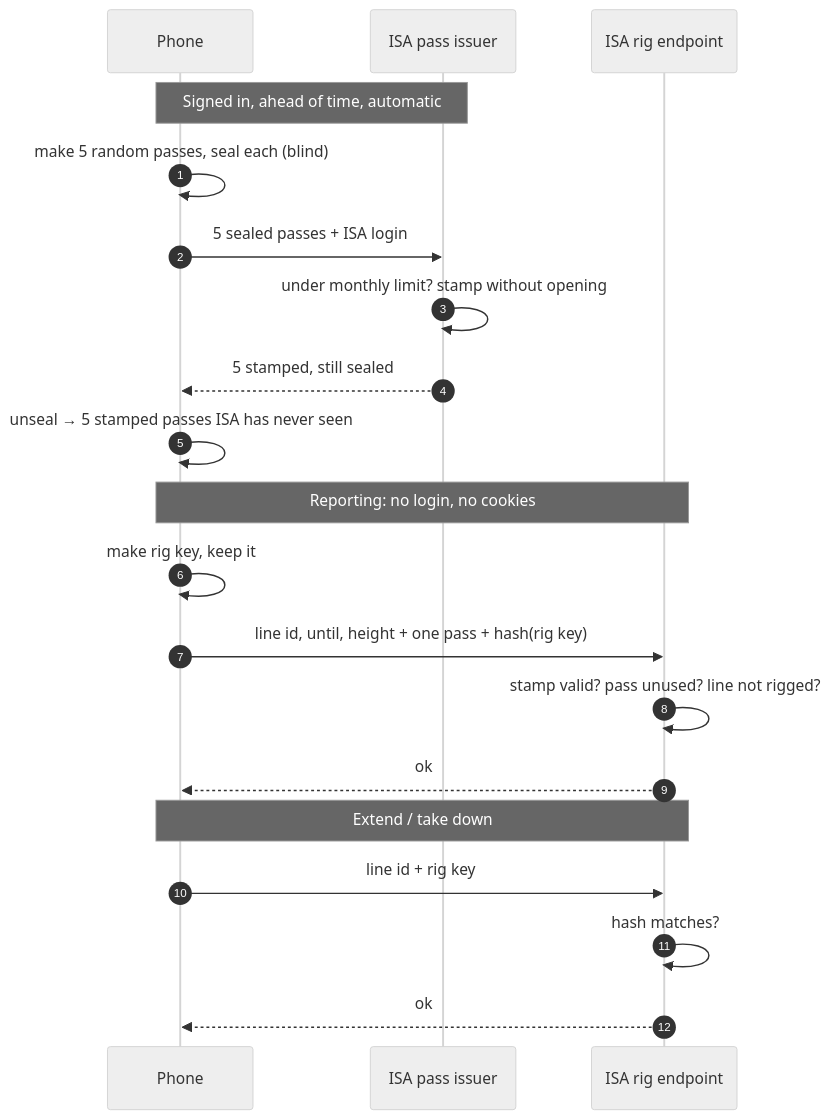
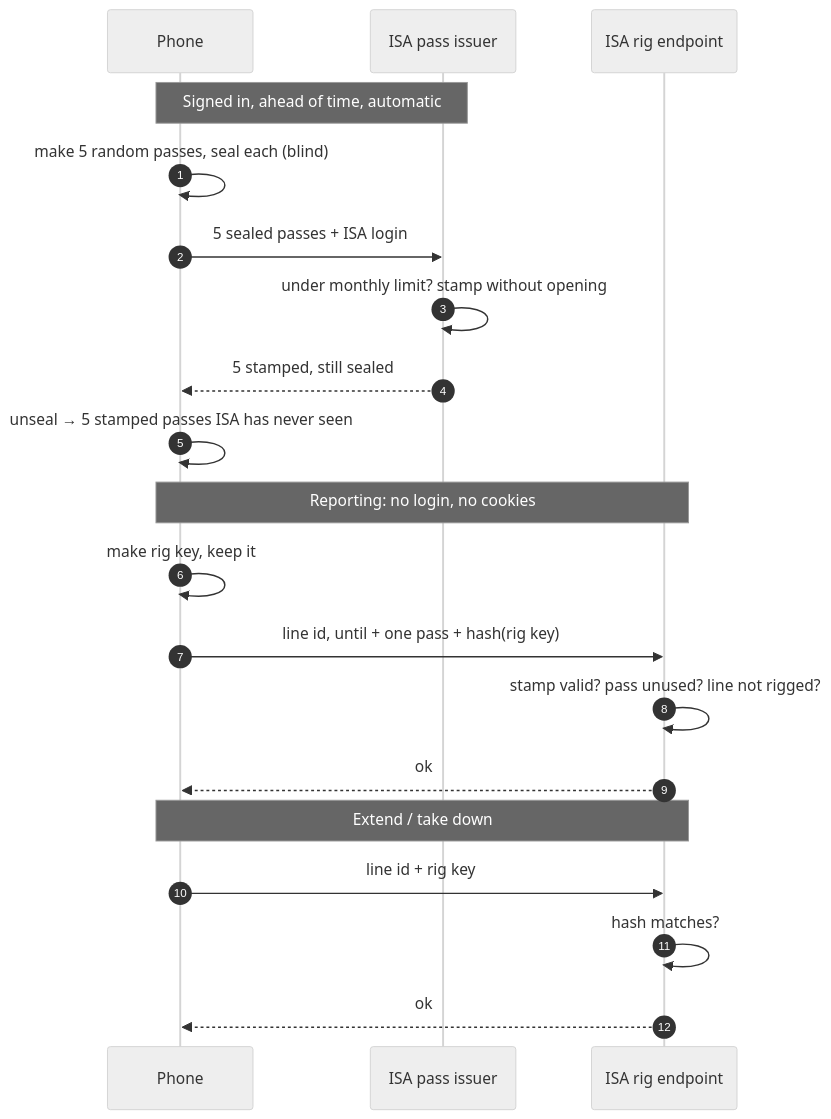
Before and after one commit to International-Slackline-Association/isa: the fourth of 4 diagrams in specs/slackmap-live-lines/flows.md, drawn with Mermaid (neutral theme). The commit also changed other lines of this file and 4 other files, not shown here.

````diff
--- a/specs/slackmap-live-lines/flows.md
+++ b/specs/slackmap-live-lines/flows.md
@@ -69,25 +69,25 @@
 ```mermaid
 sequenceDiagram
     autonumber
     participant P as Phone
     participant I as ISA pass issuer
     participant L as ISA rig endpoint
 
     Note over P,I: Signed in, ahead of time, automatic
     P->>P: make 5 random passes, seal each (blind)
     P->>I: 5 sealed passes + ISA login
     I->>I: under monthly limit? stamp without opening
     I-->>P: 5 stamped, still sealed
     P->>P: unseal → 5 stamped passes ISA has never seen
 
     Note over P,L: Reporting: no login, no cookies
     P->>P: make rig key, keep it
-    P->>L: line id, until, height + one pass + hash(rig key)
+    P->>L: line id, until + one pass + hash(rig key)
     L->>L: stamp valid? pass unused? line not rigged?
     L-->>P: ok
 
     Note over P,L: Extend / take down
     P->>L: line id + rig key
     L->>L: hash matches?
     L-->>P: ok
 ```
````
